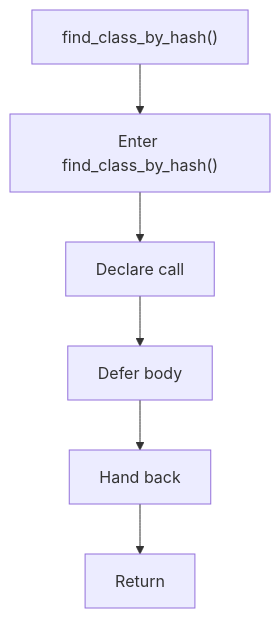
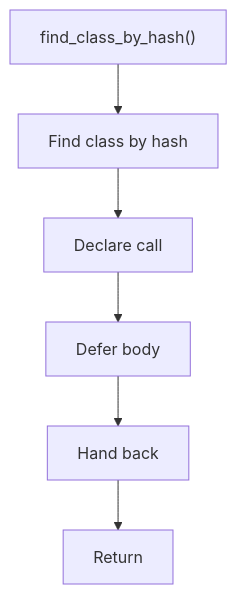
The diagram in docs/Codebase/Microservice/Modules/Header/SyntacticBrokenAST/Analysis/ImplementationUse/Binding/Symbols/Flow/functions/find_class_by_hash.hpp.md (JohnAndrewBalbarosa/NeoTerritory), drawn with Mermaid before and after one commit. The commit also changed other lines of this file and 925 other files, not shown here.

````diff
--- a/docs/Codebase/Microservice/Modules/Header/SyntacticBrokenAST/Analysis/ImplementationUse/Binding/Symbols/Flow/functions/find_class_by_hash.hpp.md
+++ b/docs/Codebase/Microservice/Modules/Header/SyntacticBrokenAST/Analysis/ImplementationUse/Binding/Symbols/Flow/functions/find_class_by_hash.hpp.md
@@ -16,14 +16,14 @@
 ```mermaid
 flowchart TD
     Start["find_class_by_hash()"]
-    N0["Enter find_class_by_hash()"]
+    N0["Find class by hash"]
     N1["Declare call"]
     N2["Defer body"]
     N3["Hand back"]
     End["Return"]
     Start --> N0
     N0 --> N1
     N1 --> N2
     N2 --> N3
     N3 --> End
 ```
````
